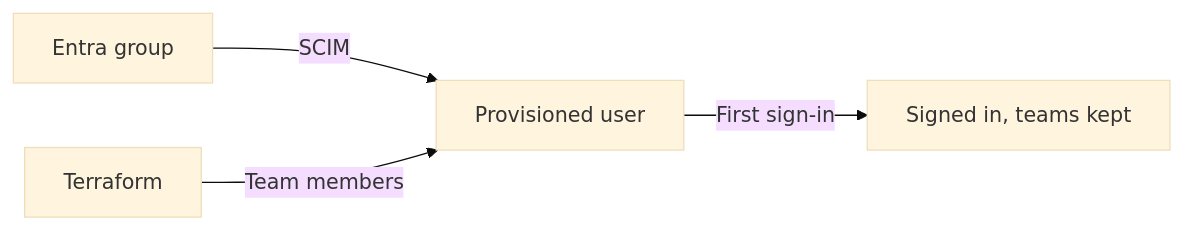
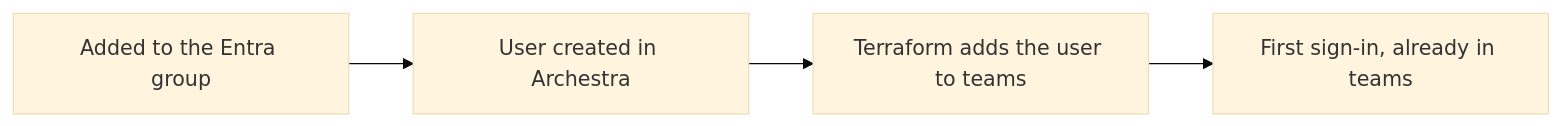
One commit to archestra-ai/archestra changed the diagram in docs/pages/admin/identity/scim.md. Above: the diagram before and after it, drawn with Mermaid (base theme).

Commit message:
docs(scim): draw the example as one sequence

````diff
--- a/docs/pages/admin/identity/scim.md
+++ b/docs/pages/admin/identity/scim.md
@@ -49,6 +49,6 @@
 ```mermaid
 flowchart LR
-  Entra[Entra group]:::external -->|SCIM| User[Provisioned user]:::accent
-  TF[Terraform] -->|Team members| User
-  User -->|First sign-in| Active[Signed in, teams kept]:::ok
+  Assign[Added to the Entra group]:::external --> Created[User created in Archestra]:::accent
+  Created --> Team[Terraform adds the user to teams]
+  Team --> SignIn[First sign-in, already in teams]:::ok
 ```
````
